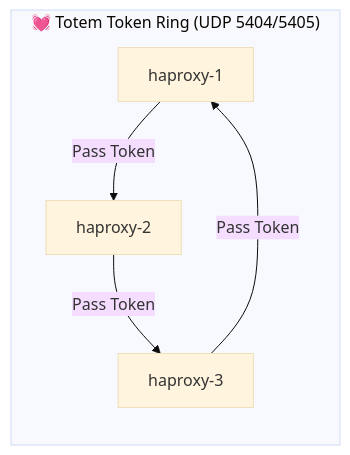
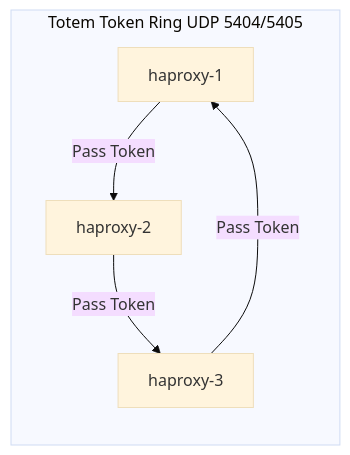
One commit to seang454/nfs-cluster changed the first of 14 diagrams in nfs-cluster/HA-NFS-Ceph-Architecture-Guide.md. Above: the diagram before and after it, drawn with Mermaid (base theme). The commit also changed other lines of this file, not shown here.

````diff
--- a/nfs-cluster/HA-NFS-Ceph-Architecture-Guide.md
+++ b/nfs-cluster/HA-NFS-Ceph-Architecture-Guide.md
@@ -99,11 +163,11 @@
 ```mermaid
 flowchart LR
-    subgraph CorosyncRing ["💓 Totem Token Ring (UDP 5404/5405)"]
+    subgraph CorosyncRing ["Totem Token Ring UDP 5404/5405"]
         Node1["haproxy-1"]
         Node2["haproxy-2"]
         Node3["haproxy-3"]
     end
-    Node1 -->|Pass Token| Node2
-    Node2 -->|Pass Token| Node3
-    Node3 -->|Pass Token| Node1
+    Node1 -->|"Pass Token"| Node2
+    Node2 -->|"Pass Token"| Node3
+    Node3 -->|"Pass Token"| Node1
 ```
````
